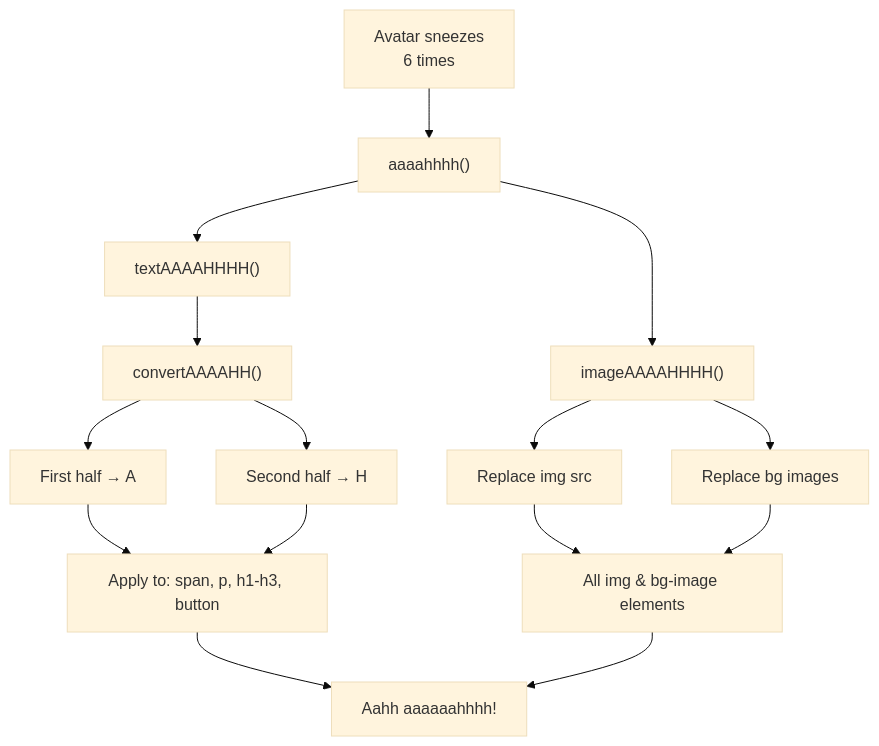
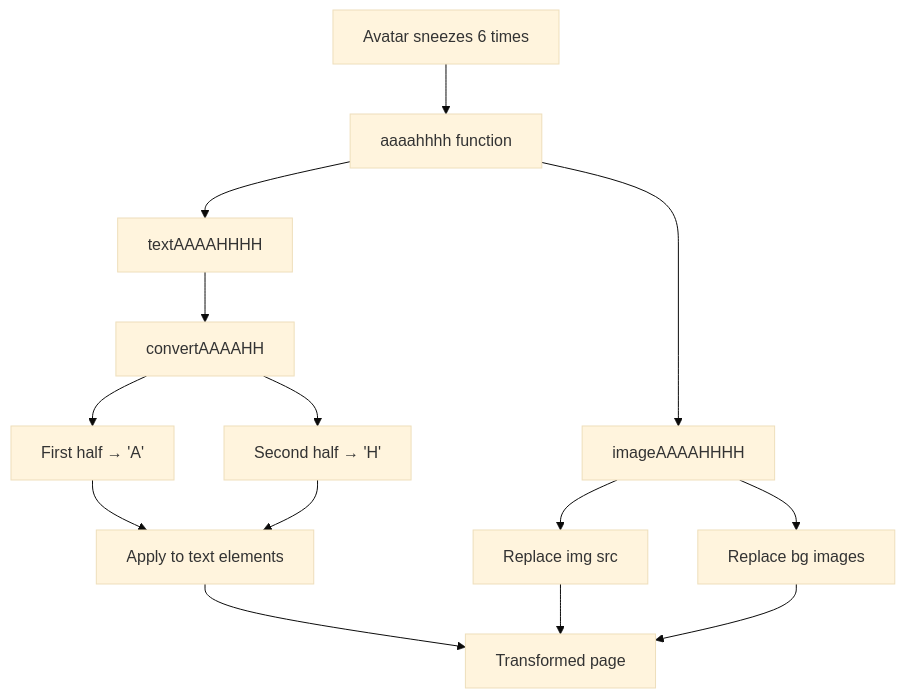
One commit to AlexJSully/AlexJSully-Portfolio changed the diagram in docs/architecture/helpers.md. Above: the diagram before and after it, drawn with Mermaid (base theme). The commit also changed other lines of this file and 10 other files, not shown here.

````diff
--- a/docs/architecture/helpers.md
+++ b/docs/architecture/helpers.md
@@ -76,22 +26,20 @@
 ```mermaid
 flowchart TD
-    Trigger["Avatar sneezes<br/>6 times"] --> AaaahhhhCall["aaaahhhh()"]
-    AaaahhhhCall --> Text["textAAAAHHHH()"]
-    AaaahhhhCall --> Images["imageAAAAHHHH()"]
+    Trigger[Avatar sneezes 6 times] --> Call[aaaahhhh function]
+    Call --> Text[textAAAAHHHH]
+    Call --> Images[imageAAAAHHHH]
 
-    Text --> Convert["convertAAAAHH()"]
-    Convert --> FirstHalf["First half → A"]
-    Convert --> SecondHalf["Second half → H"]
+    Text --> Convert[convertAAAAHH]
+    Convert --> FirstHalf[First half → 'A']
+    Convert --> SecondHalf[Second half → 'H']
 
-    Images --> ReplaceImg["Replace img src"]
-    Images --> ReplaceBg["Replace bg images"]
+    Images --> ImgReplace[Replace img src]
+    Images --> BgReplace[Replace bg images]
 
-    FirstHalf --> TextElements["Apply to: span, p, h1-h3, button"]
-    SecondHalf --> TextElements
+    FirstHalf --> Apply[Apply to text elements]
+    SecondHalf --> Apply
 
-    ReplaceImg --> ImageElements["All img & bg-image elements"]
-    ReplaceBg --> ImageElements
-
-    TextElements --> Result["Aahh aaaaaahhhh!"]
-    ImageElements --> Result
+    Apply --> Page[Transformed page]
+    ImgReplace --> Page
+    BgReplace --> Page
 ```
````
